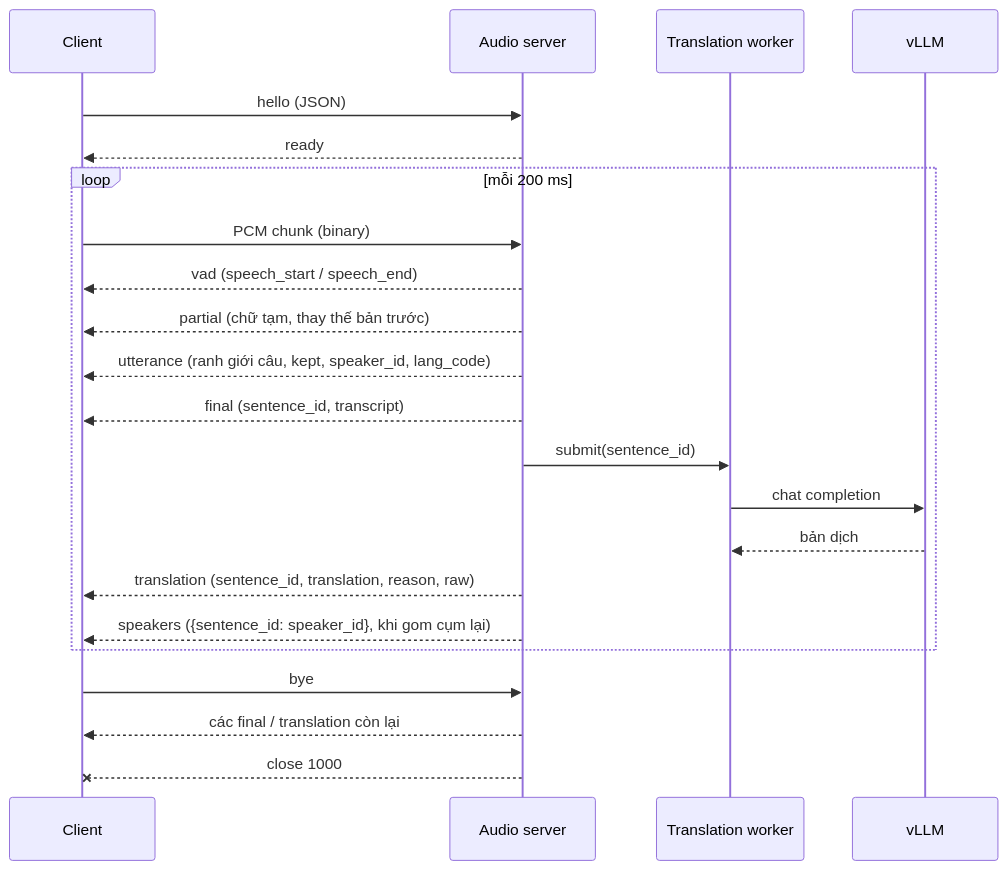
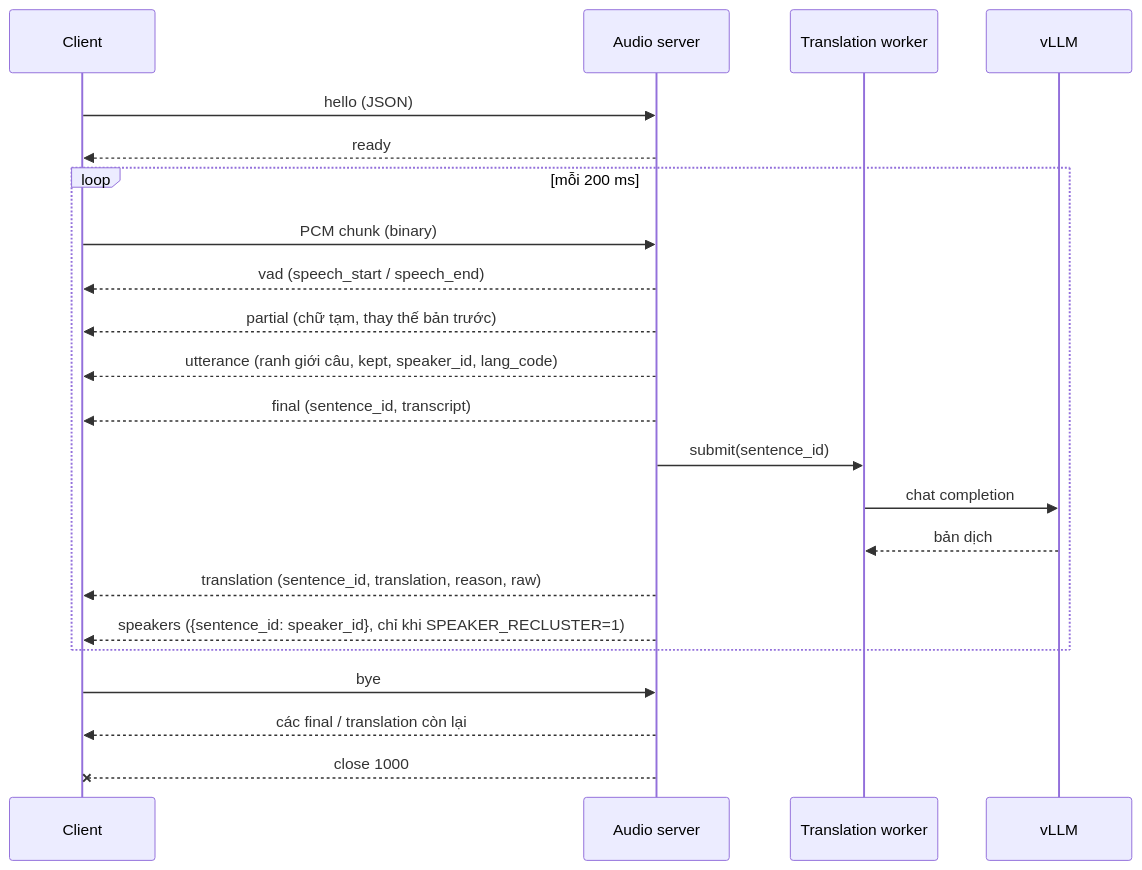
One commit to phivan3008/Realtime-meeting-translator-v7 changed the second of 8 diagrams in ARCHITECTURE.md. Above: the diagram before and after it, drawn with Mermaid. The commit also changed other lines of this file and 16 other files, not shown here.

````diff
--- a/ARCHITECTURE.md
+++ b/ARCHITECTURE.md
@@ -42,25 +42,25 @@
 ```mermaid
 sequenceDiagram
     participant C as Client
     participant S as Audio server
     participant W as Translation worker
     participant V as vLLM
 
     C->>S: hello (JSON)
     S-->>C: ready
     loop mỗi 200 ms
         C->>S: PCM chunk (binary)
         S-->>C: vad (speech_start / speech_end)
         S-->>C: partial (chữ tạm, thay thế bản trước)
         S-->>C: utterance (ranh giới câu, kept, speaker_id, lang_code)
         S-->>C: final (sentence_id, transcript)
         S->>W: submit(sentence_id)
         W->>V: chat completion
         V-->>W: bản dịch
         S-->>C: translation (sentence_id, translation, reason, raw)
-        S-->>C: speakers ({sentence_id: speaker_id}, khi gom cụm lại)
+        S-->>C: speakers ({sentence_id: speaker_id}, chỉ khi SPEAKER_RECLUSTER=1)
     end
     C->>S: bye
     S-->>C: các final / translation còn lại
     S--xC: close 1000
 ```
````
